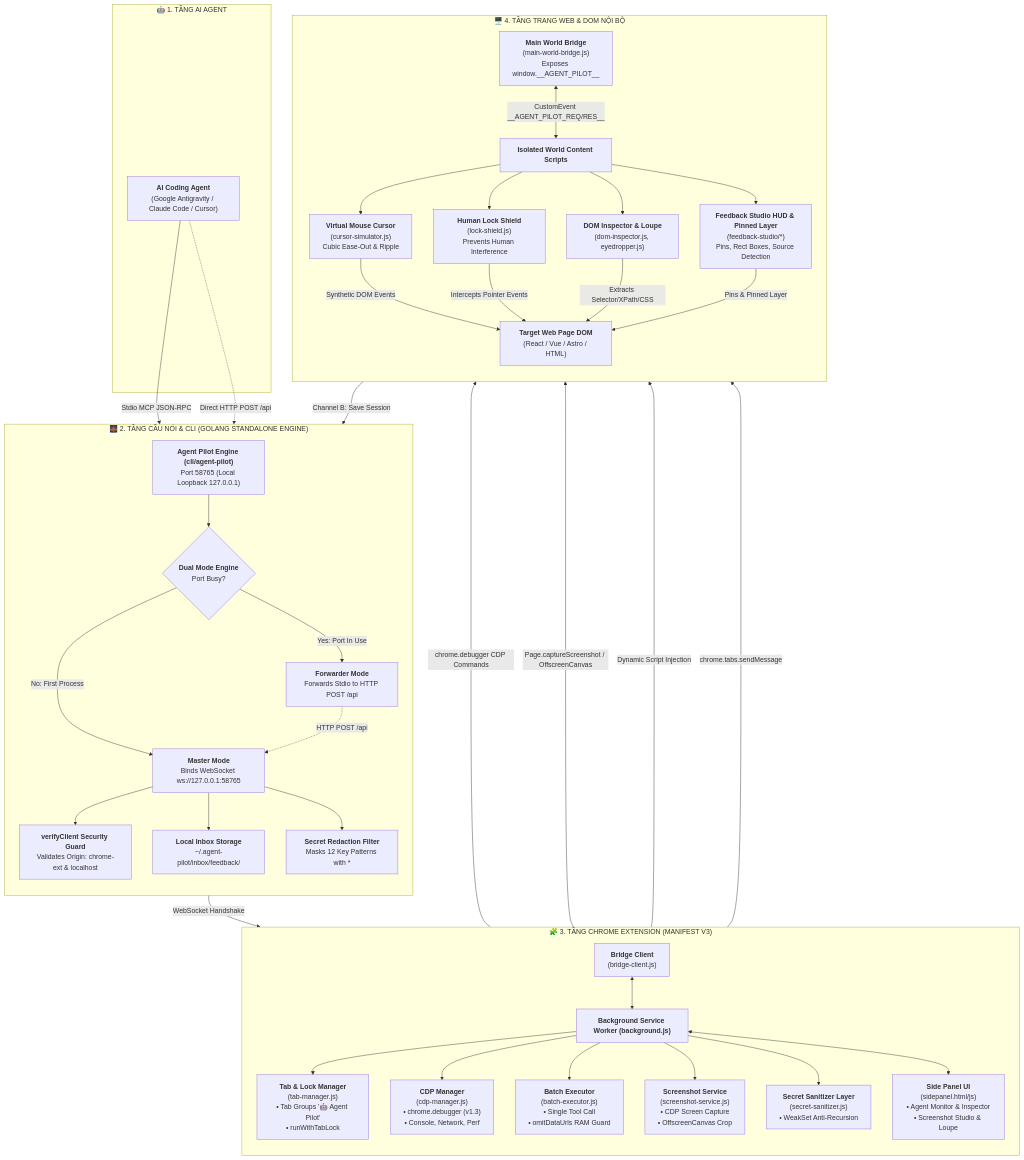
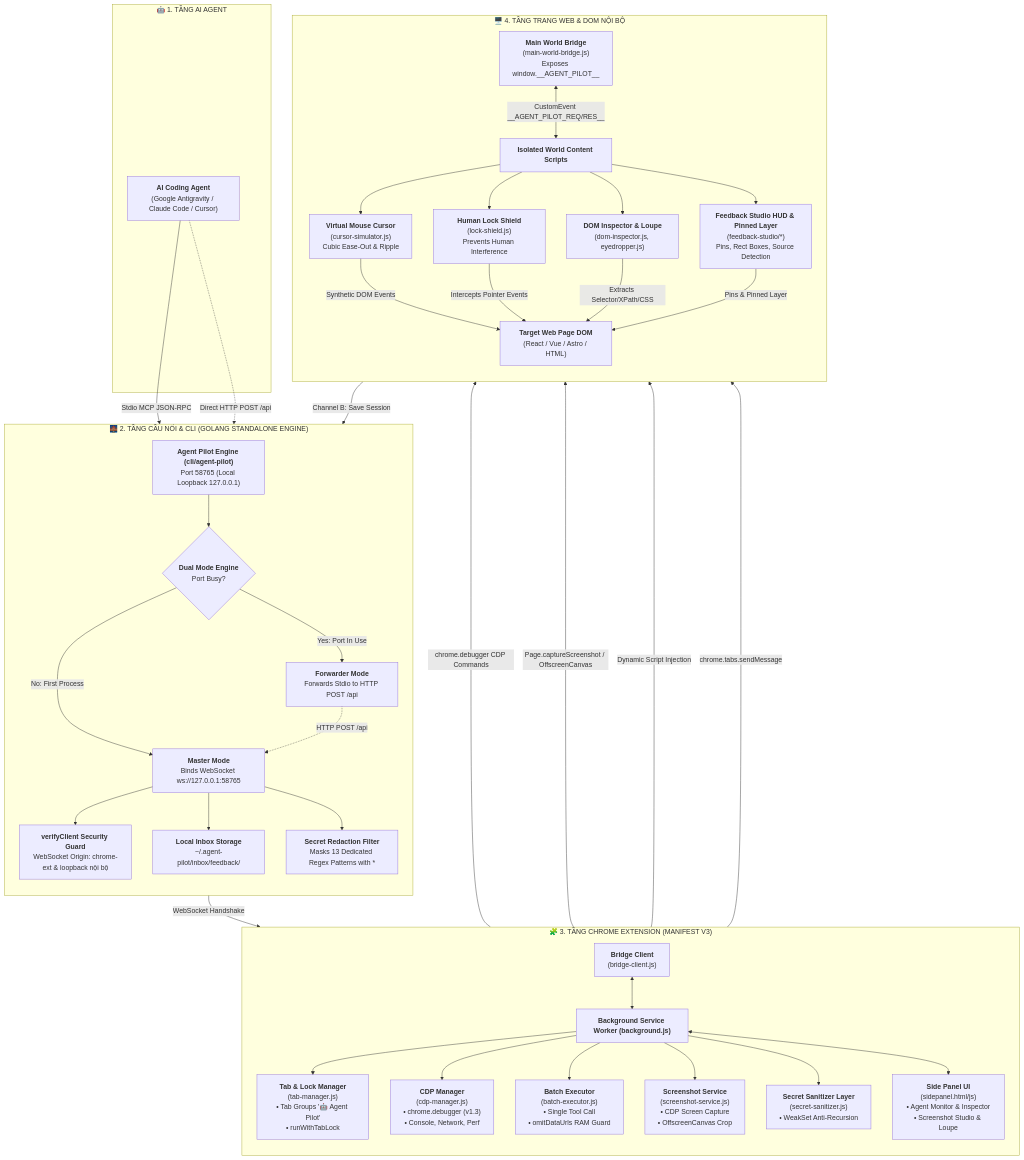
The first of 3 diagrams in docs/vi/ARCHITECTURE.md (ducconit/agent-pilot), drawn with Mermaid before and after one commit. The commit also changed other lines of this file and 34 other files, not shown here.

Commit message:
docs: align documentation with codebase across MCP, CLI, and Architecture

````diff
--- a/docs/vi/ARCHITECTURE.md
+++ b/docs/vi/ARCHITECTURE.md
@@ -12,78 +12,78 @@
 ```mermaid
 flowchart TB
     subgraph AgentLayer["🤖 1. TẦNG AI AGENT"]
         Agent["<b>AI Coding Agent</b><br/>(Google Antigravity / Claude Code / Cursor)"]
     end
 
     subgraph BridgeLayer["🌉 2. TẦNG CẦU NỐI & CLI (GOLANG STANDALONE ENGINE)"]
         direction TB
         ServerEntry["<b>Agent Pilot Engine (cli/agent-pilot)</b><br/>Port 58765 (Local Loopback 127.0.0.1)"]
         DualMode{"<b>Dual Mode Engine</b><br/>Port Busy?"}
         Master["<b>Master Mode</b><br/>Binds WebSocket ws://127.0.0.1:58765"]
         Forwarder["<b>Forwarder Mode</b><br/>Forwards Stdio to HTTP POST /api"]
-        VerifyClient["<b>verifyClient Security Guard</b><br/>Validates Origin: chrome-ext & localhost"]
-        ServerRedactor["<b>Secret Redaction Filter</b><br/>Masks 12 Key Patterns with *"]
+        VerifyClient["<b>verifyClient Security Guard</b><br/>WebSocket Origin: chrome-ext & loopback nội bộ"]
+        ServerRedactor["<b>Secret Redaction Filter</b><br/>Masks 13 Dedicated Regex Patterns with *"]
         InboxFS["<b>Local Inbox Storage</b><br/>~/.agent-pilot/inbox/feedback/"]
     end
 
     subgraph ExtensionLayer["🧩 3. TẦNG CHROME EXTENSION (MANIFEST V3)"]
         direction TB
         SW["<b>Background Service Worker (background.js)</b>"]
         WSClient["<b>Bridge Client</b><br/>(bridge-client.js)"]
         TabMgr["<b>Tab & Lock Manager</b><br/>(tab-manager.js)<br/>• Tab Groups '🤖 Agent Pilot'<br/>• runWithTabLock"]
         CDPMgr["<b>CDP Manager</b><br/>(cdp-manager.js)<br/>• chrome.debugger (v1.3)<br/>• Console, Network, Perf"]
         BatchExec["<b>Batch Executor</b><br/>(batch-executor.js)<br/>• Single Tool Call<br/>• omitDataUrls RAM Guard"]
         ShotSvc["<b>Screenshot Service</b><br/>(screenshot-service.js)<br/>• CDP Screen Capture<br/>• OffscreenCanvas Crop"]
         ClientRedactor["<b>Secret Sanitizer Layer</b><br/>(secret-sanitizer.js)<br/>• WeakSet Anti-Recursion"]
         SidePanel["<b>Side Panel UI</b><br/>(sidepanel.html/js)<br/>• Agent Monitor & Inspector<br/>• Screenshot Studio & Loupe"]
     end
 
     subgraph PageLayer["🖥️ 4. TẦNG TRANG WEB & DOM NỘI BỘ"]
         direction TB
         MainWorld["<b>Main World Bridge</b><br/>(main-world-bridge.js)<br/>Exposes window.__AGENT_PILOT__"]
         ContentScripts["<b>Isolated World Content Scripts</b>"]
         CursorSim["<b>Virtual Mouse Cursor</b><br/>(cursor-simulator.js)<br/>Cubic Ease-Out & Ripple"]
         LockShield["<b>Human Lock Shield</b><br/>(lock-shield.js)<br/>Prevents Human Interference"]
         DOMInspector["<b>DOM Inspector & Loupe</b><br/>(dom-inspector.js, eyedropper.js)"]
         FeedbackHUD["<b>Feedback Studio HUD & Pinned Layer</b><br/>(feedback-studio/*)<br/>Pins, Rect Boxes, Source Detection"]
         TargetDOM["<b>Target Web Page DOM</b><br/>(React / Vue / Astro / HTML)"]
     end
 
     %% Communication Links
     Agent -->|Stdio MCP JSON-RPC| ServerEntry
     Agent -.->|Direct HTTP POST /api| ServerEntry
     ServerEntry --> DualMode
     DualMode -->|No: First Process| Master
     DualMode -->|Yes: Port In Use| Forwarder
     Master --> VerifyClient
     VerifyClient -->|WebSocket Handshake| WSClient
     Forwarder -.->|HTTP POST /api| Master
 
     WSClient <--> SW
     SW --> TabMgr
     SW --> CDPMgr
     SW --> BatchExec
     SW --> ShotSvc
     SW --> ClientRedactor
     SW <--> SidePanel
 
     CDPMgr -->|chrome.debugger CDP Commands| TargetDOM
     ShotSvc -->|Page.captureScreenshot / OffscreenCanvas| TargetDOM
     TabMgr -->|Dynamic Script Injection| ContentScripts
     TabMgr -->|chrome.tabs.sendMessage| ContentScripts
 
     ContentScripts --> CursorSim
     ContentScripts --> LockShield
     ContentScripts --> DOMInspector
     ContentScripts --> FeedbackHUD
 
     CursorSim -->|Synthetic DOM Events| TargetDOM
     LockShield -->|Intercepts Pointer Events| TargetDOM
     DOMInspector -->|Extracts Selector/XPath/CSS| TargetDOM
     FeedbackHUD -->|Pins & Pinned Layer| TargetDOM
 
     MainWorld <-->|CustomEvent __AGENT_PILOT_REQ/RES__| ContentScripts
     FeedbackHUD -->|Channel B: Save Session| Master
     Master --> InboxFS
     Master --> ServerRedactor
 ```
````
